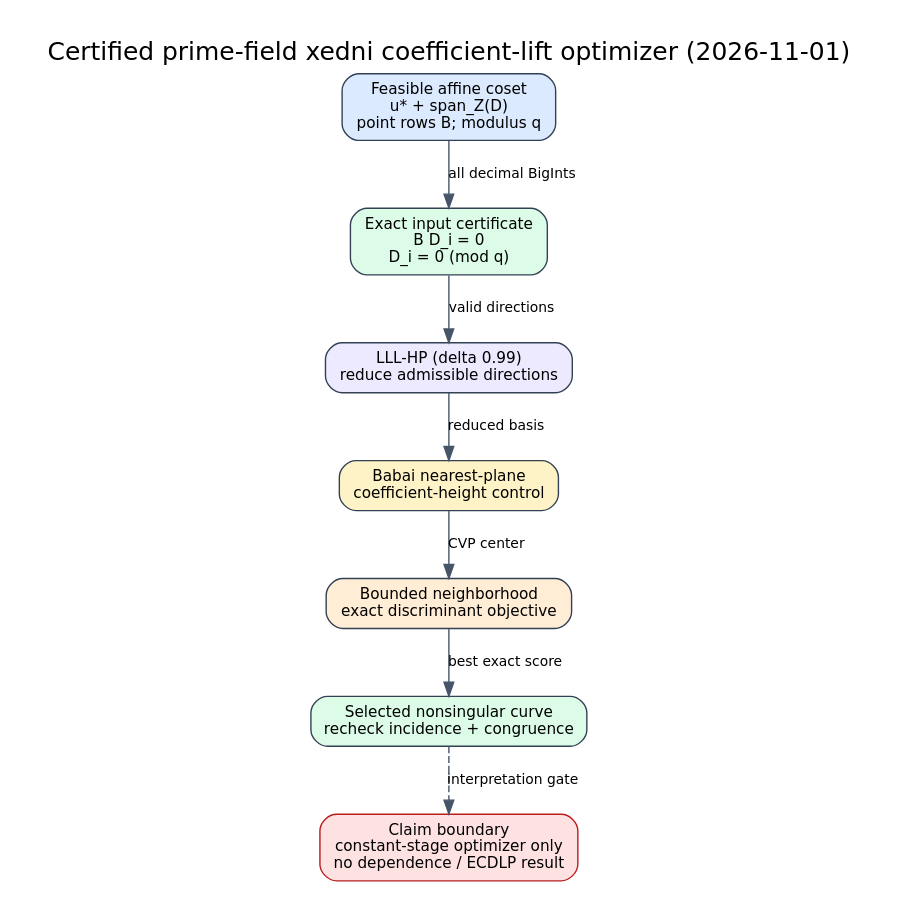
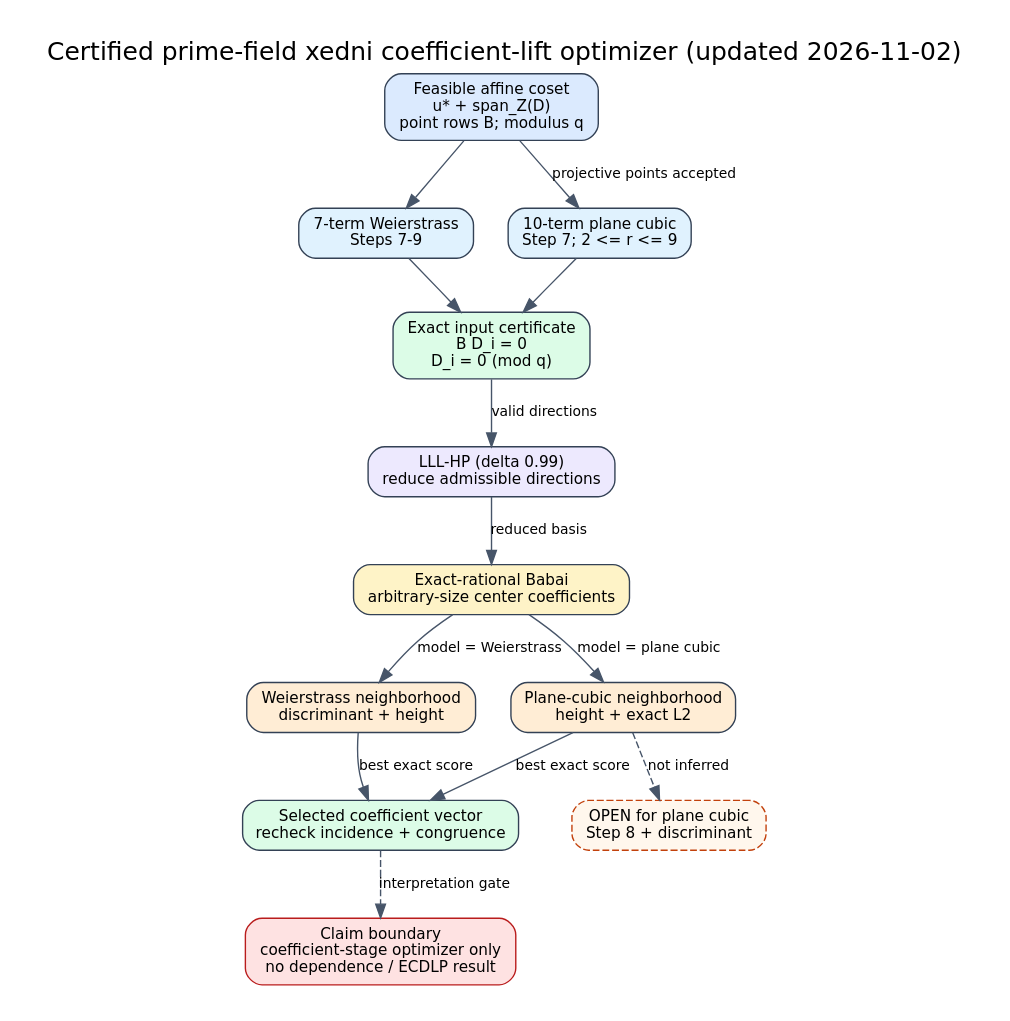
One commit to isogeny-labs/cryptanalysis changed the diagram in research/xedni_lift_optimizer_20261101/pipeline.dot. Above: the diagram before and after it, drawn with Graphviz. The commit also changed 18 other files, not shown here.

Commit message:
research: add exact nine-point xedni lift path

```diff
--- a/research/xedni_lift_optimizer_20261101/pipeline.dot
+++ b/research/xedni_lift_optimizer_20261101/pipeline.dot
@@ -1,23 +1,33 @@
 digraph xedni_lift {
   graph [rankdir=TB, bgcolor="white", pad=0.25, nodesep=0.35, ranksep=0.52,
-         label="Certified prime-field xedni coefficient-lift optimizer (2026-11-01)",
+         label="Certified prime-field xedni coefficient-lift optimizer (updated 2026-11-02)",
          labelloc=t, fontsize=18, fontname="DejaVu Sans"];
   node [shape=box, style="rounded,filled", fontname="DejaVu Sans", fontsize=11,
         color="#334155", fillcolor="#f8fafc", margin="0.14,0.09"];
   edge [fontname="DejaVu Sans", fontsize=10, color="#475569"];
 
   input [label="Feasible affine coset\nu* + span_Z(D)\npoint rows B; modulus q", fillcolor="#dbeafe"];
+  wmodel [label="7-term Weierstrass\nSteps 7-9", fillcolor="#e0f2fe"];
+  cmodel [label="10-term plane cubic\nStep 7; 2 <= r <= 9", fillcolor="#e0f2fe"];
   certify [label="Exact input certificate\nB D_i = 0\nD_i = 0 (mod q)", fillcolor="#dcfce7"];
   lll [label="LLL-HP (delta 0.99)\nreduce admissible directions", fillcolor="#ede9fe"];
-  babai [label="Babai nearest-plane\ncoefficient-height control", fillcolor="#fef3c7"];
-  search [label="Bounded neighborhood\nexact discriminant objective", fillcolor="#ffedd5"];
-  output [label="Selected nonsingular curve\nrecheck incidence + congruence", fillcolor="#dcfce7"];
-  claim [label="Claim boundary\nconstant-stage optimizer only\nno dependence / ECDLP result", fillcolor="#fee2e2", color="#b91c1c"];
+  babai [label="Exact-rational Babai\narbitrary-size center coefficients", fillcolor="#fef3c7"];
+  wsearch [label="Weierstrass neighborhood\ndiscriminant + height", fillcolor="#ffedd5"];
+  csearch [label="Plane-cubic neighborhood\nheight + exact L2", fillcolor="#ffedd5"];
+  output [label="Selected coefficient vector\nrecheck incidence + congruence", fillcolor="#dcfce7"];
+  gap [label="OPEN for plane cubic\nStep 8 + discriminant", style="rounded,filled,dashed", fillcolor="#fff7ed", color="#c2410c"];
+  claim [label="Claim boundary\ncoefficient-stage optimizer only\nno dependence / ECDLP result", fillcolor="#fee2e2", color="#b91c1c"];
 
-  input -> certify [label="all decimal BigInts"];
+  input -> wmodel;
+  input -> cmodel [label="projective points accepted"];
+  wmodel -> certify;
+  cmodel -> certify;
   certify -> lll [label="valid directions"];
   lll -> babai [label="reduced basis"];
-  babai -> search [label="CVP center"];
-  search -> output [label="best exact score"];
+  babai -> wsearch [label="model = Weierstrass"];
+  babai -> csearch [label="model = plane cubic"];
+  wsearch -> output [label="best exact score"];
+  csearch -> output [label="best exact score"];
+  csearch -> gap [style=dashed, label="not inferred"];
   output -> claim [style=dashed, label="interpretation gate"];
 }
```
